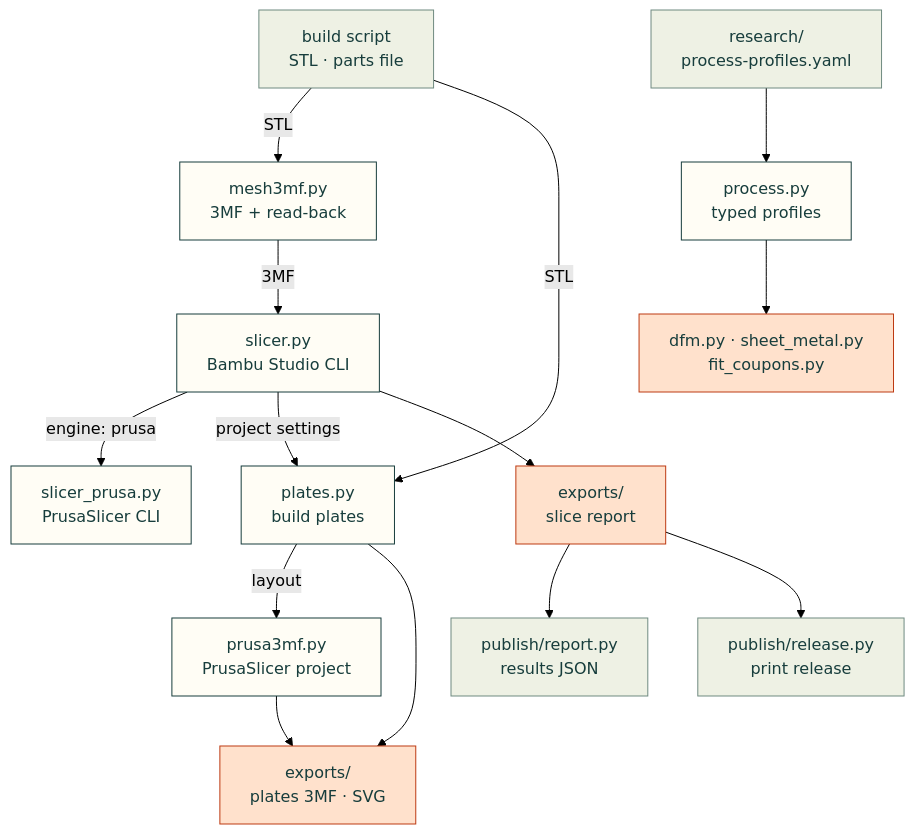
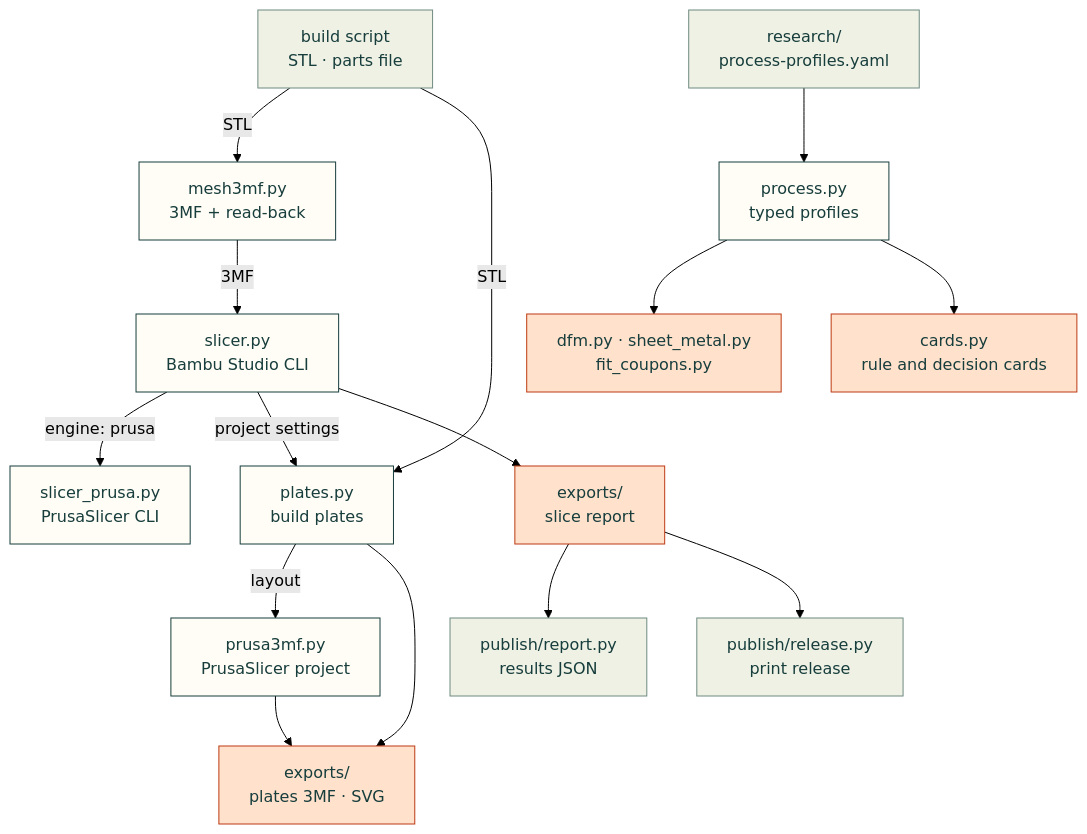
One commit to Valpatel/cad-agent changed the diagram in src/cadagent/manufacturing/README.md. Above: the diagram before and after it, drawn with Mermaid (forest theme). The commit also changed other lines of this file and 2 other files, not shown here.

Commit message:
Rule cards: README entries for the module, test and goldens (#323 phase 7b)

````diff
--- a/src/cadagent/manufacturing/README.md
+++ b/src/cadagent/manufacturing/README.md
@@ -15,22 +16,23 @@
 ```mermaid
 flowchart TD
     B["build script<br/>STL · parts file"] -->|"STL"| M3["mesh3mf.py<br/>3MF + read-back"]
     M3 -->|"3MF"| SL["slicer.py<br/>Bambu Studio CLI"]
     SL -->|"engine: prusa"| SP["slicer_prusa.py<br/>PrusaSlicer CLI"]
     B -->|"STL"| PL["plates.py<br/>build plates"]
     SL -->|"project settings"| PL
     PL -->|"layout"| P3["prusa3mf.py<br/>PrusaSlicer project"]
     P3 --> PF
     PL --> PF["exports/<br/>plates 3MF · SVG"]
     SL --> SR["exports/<br/>slice report"]
     SR --> R["publish/report.py<br/>results JSON"]
     SR --> REL["publish/release.py<br/>print release"]
     Y["research/<br/>process-profiles.yaml"] --> PR["process.py<br/>typed profiles"]
     PR --> DF["dfm.py · sheet_metal.py<br/>fit_coupons.py"]
+    PR --> CA["cards.py<br/>rule and decision cards"]
     classDef here fill:#fffdf5,stroke:#173d3c,color:#173d3c
     classDef near fill:#eef1e4,stroke:#6f8a80,color:#173d3c
     classDef out fill:#ffe1cc,stroke:#bd3a12,color:#173d3c
     class M3,SL,SP,PL,P3,PR here
     class B,R,REL,Y near
-    class SR,PF,DF out
+    class SR,PF,DF,CA out
 ```
````
